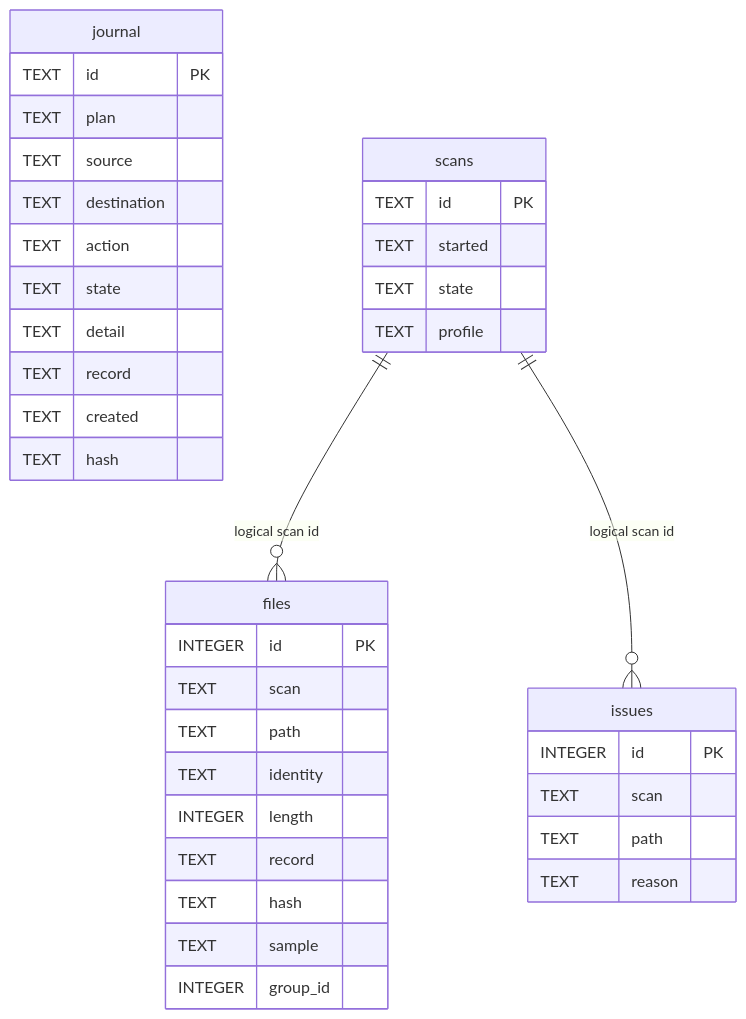
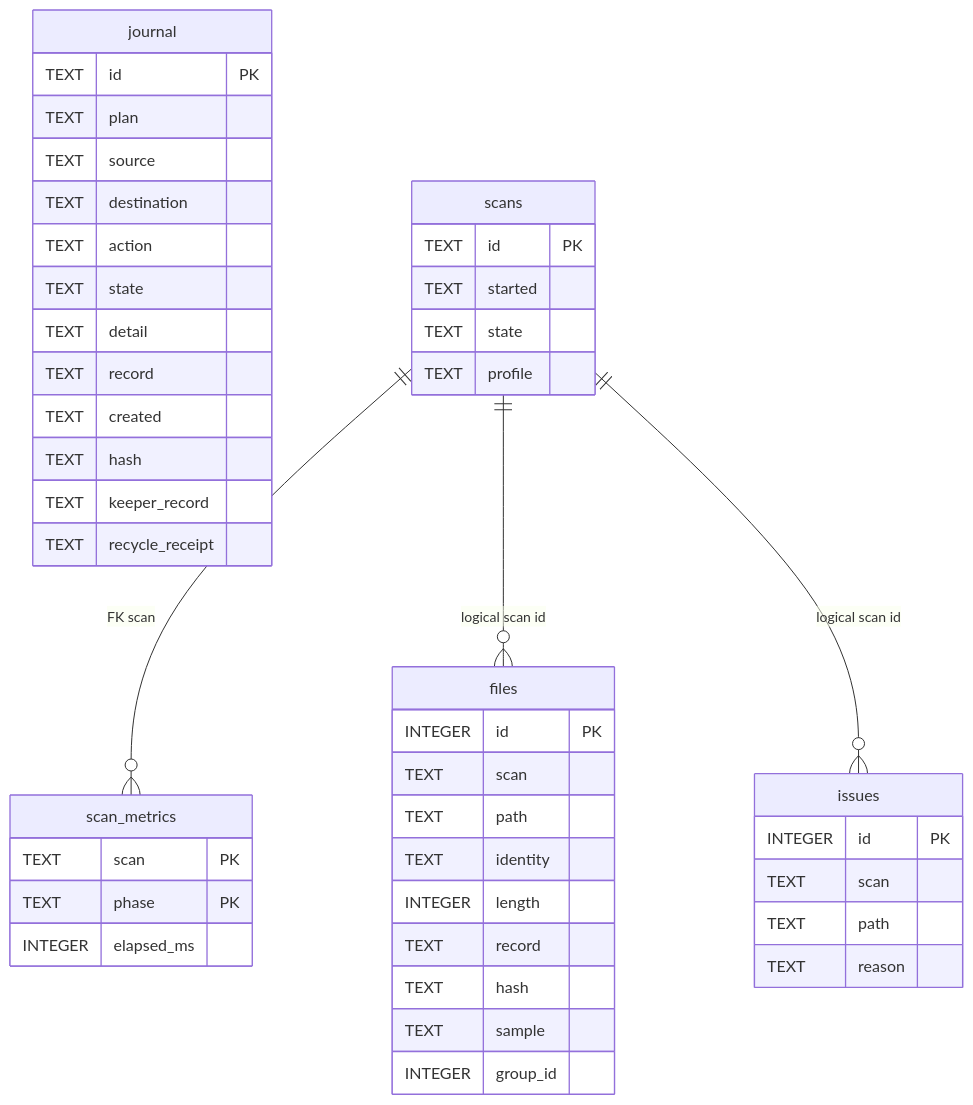
Before and after one commit to fazalhassan23/DeDuplicator: the diagram in docs/generated/entities.md, drawn with Mermaid. The commit also changed other lines of this file and 51 other files, not shown here.

````diff
--- a/docs/generated/entities.md
+++ b/docs/generated/entities.md
@@ -6,40 +6,48 @@
 ```mermaid
 erDiagram
     files {
         INTEGER id PK
         TEXT scan
         TEXT path
         TEXT identity
         INTEGER length
         TEXT record
         TEXT hash
         TEXT sample
         INTEGER group_id
     }
     issues {
         INTEGER id PK
         TEXT scan
         TEXT path
         TEXT reason
     }
     journal {
         TEXT id PK
         TEXT plan
         TEXT source
         TEXT destination
         TEXT action
         TEXT state
         TEXT detail
         TEXT record
         TEXT created
         TEXT hash
+        TEXT keeper_record
+        TEXT recycle_receipt
     }
+    scan_metrics {
+        TEXT scan PK
+        TEXT phase PK
+        INTEGER elapsed_ms
+    }
+    scans ||--o{ scan_metrics : "FK scan"
     scans {
         TEXT id PK
         TEXT started
         TEXT state
         TEXT profile
     }
     scans ||--o{ files : "logical scan id"
     scans ||--o{ issues : "logical scan id"
 ```
````
